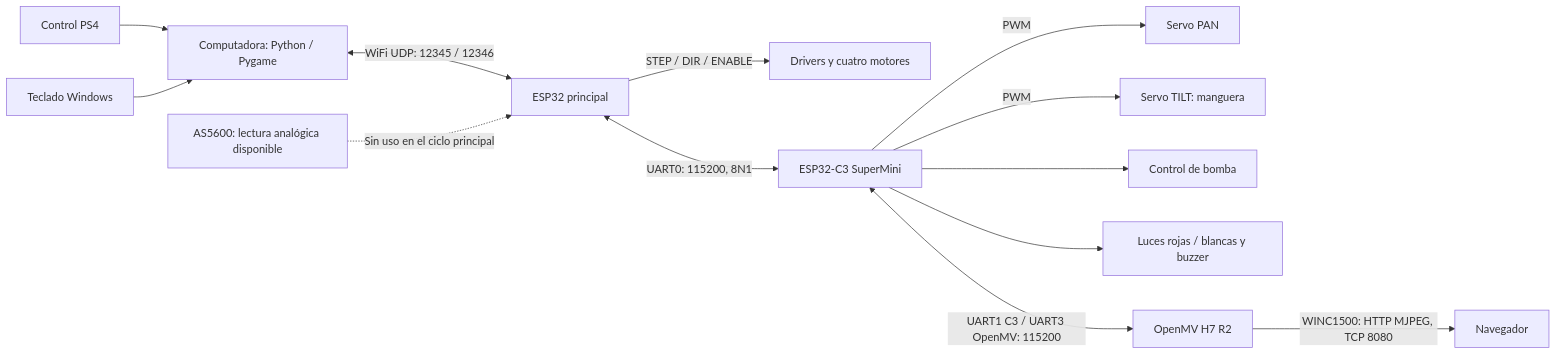
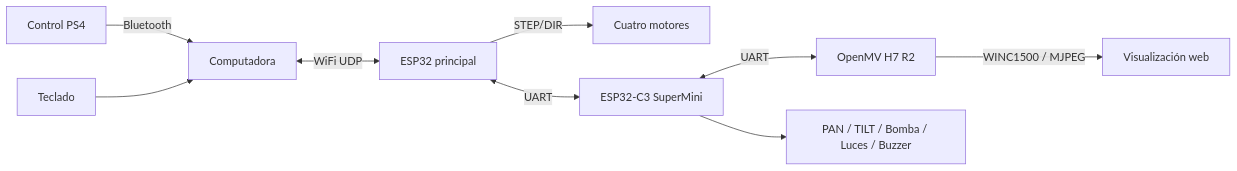
Before and after one commit to IngenieroMecatronico/Firefighter: the diagram in README.md, drawn with Mermaid. The commit also changed other lines of this file, not shown here.

````diff
--- a/README.md
+++ b/README.md
@@ -19,15 +13,11 @@
 ```mermaid
 flowchart LR
-    PS4[Control PS4] --> PC[Computadora: Python / Pygame]
-    KB[Teclado Windows] --> PC
-    PC <-->|WiFi UDP: 12345 / 12346| MAIN[ESP32 principal]
-    MAIN -->|STEP / DIR / ENABLE| DRV[Drivers y cuatro motores]
-    MAIN <-->|UART0: 115200, 8N1| C3[ESP32-C3 SuperMini]
-    C3 -->|PWM| PAN[Servo PAN]
-    C3 -->|PWM| TILT[Servo TILT: manguera]
-    C3 --> PUMP[Control de bomba]
-    C3 --> SIGNAL[Luces rojas / blancas y buzzer]
-    C3 <-->|UART1 C3 / UART3 OpenMV: 115200| CAM[OpenMV H7 R2]
-    CAM -->|WINC1500: HTTP MJPEG, TCP 8080| WEB[Navegador]
-    ENC[AS5600: lectura analógica disponible] -.->|Sin uso en el ciclo principal| MAIN
+    PS4[Control PS4] -->|Bluetooth| PC[Computadora]
+    TECLADO[Teclado] --> PC
+    PC <-->|WiFi UDP| ESP[ESP32 principal]
+    ESP -->|STEP/DIR| M[Cuatro motores]
+    ESP <-->|UART| C3[ESP32-C3 SuperMini]
+    C3 <-->|UART| CAM[OpenMV H7 R2]
+    C3 --> ACT[PAN / TILT / Bomba / Luces / Buzzer]
+    CAM -->|WINC1500 / MJPEG| WEB[Visualización web]
 ```
````
